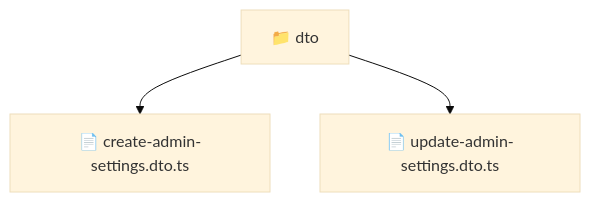
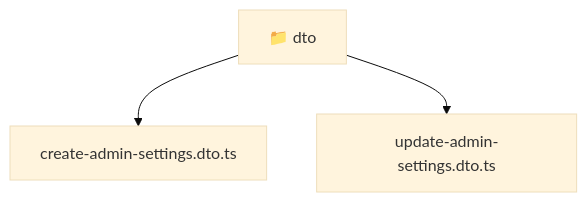
One commit to beginwebdev2002/fullstack-mavluda changed the diagram in backend/src/modules/admin-settings/presentation/dto/README.md. Above: the diagram before and after it, drawn with Mermaid (base theme). The commit also changed other lines of this file and 167 other files, not shown here.

````diff
--- a/backend/src/modules/admin-settings/presentation/dto/README.md
+++ b/backend/src/modules/admin-settings/presentation/dto/README.md
@@ -9,6 +9,8 @@
 ```mermaid
 graph TD
-  Root["📁 dto"]
-  Root --> create_admin_settings_dto_ts["📄 create-admin-settings.dto.ts"]
-  Root --> update_admin_settings_dto_ts["📄 update-admin-settings.dto.ts"]
+  Root_dto["📁 dto"]
+  f_create_admin_settings_dto_ts["create-admin-settings.dto.ts"]
+  Root_dto --> f_create_admin_settings_dto_ts
+  f_update_admin_settings_dto_ts["update-admin-settings.dto.ts"]
+  Root_dto --> f_update_admin_settings_dto_ts
 ```
````
